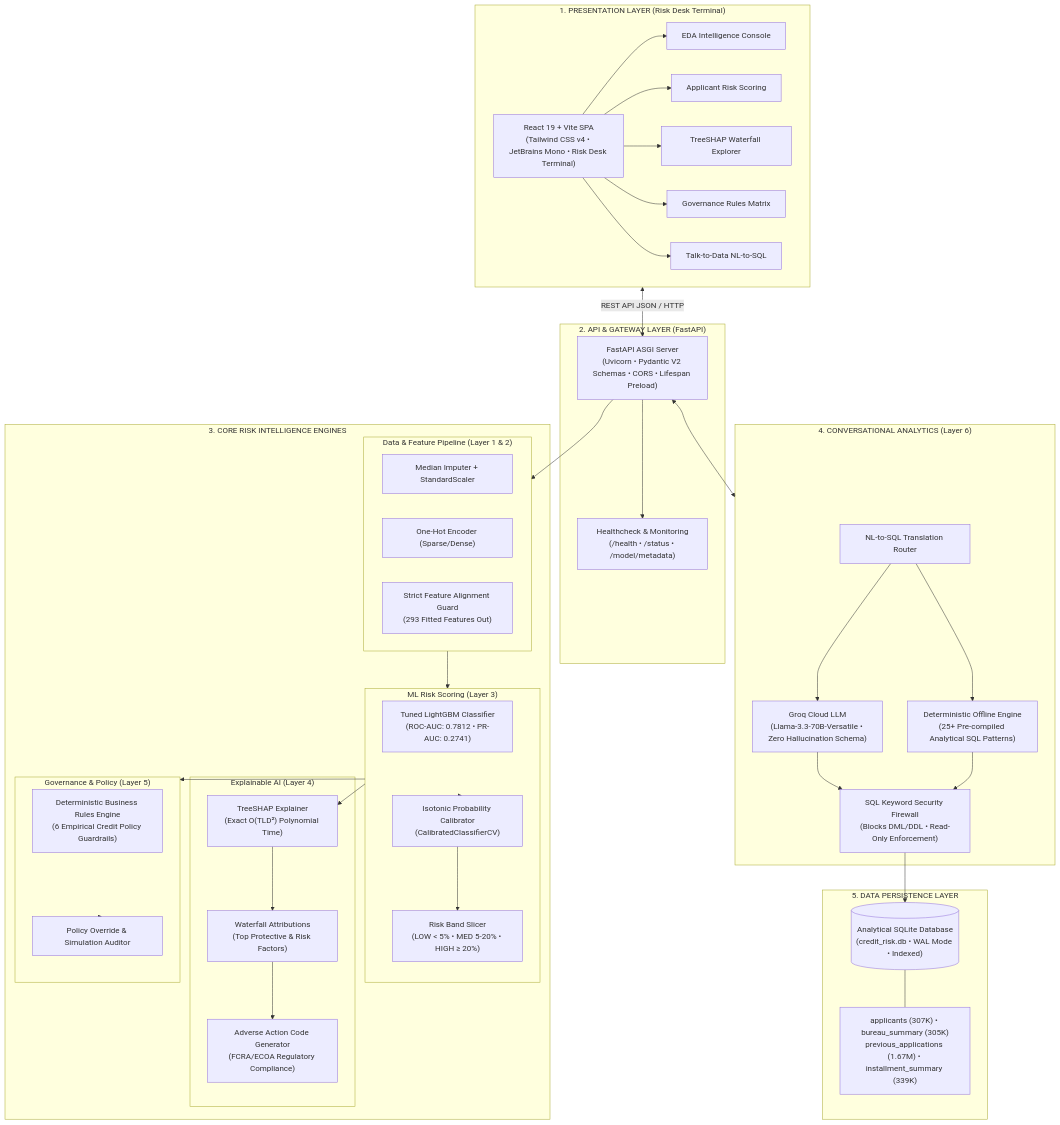
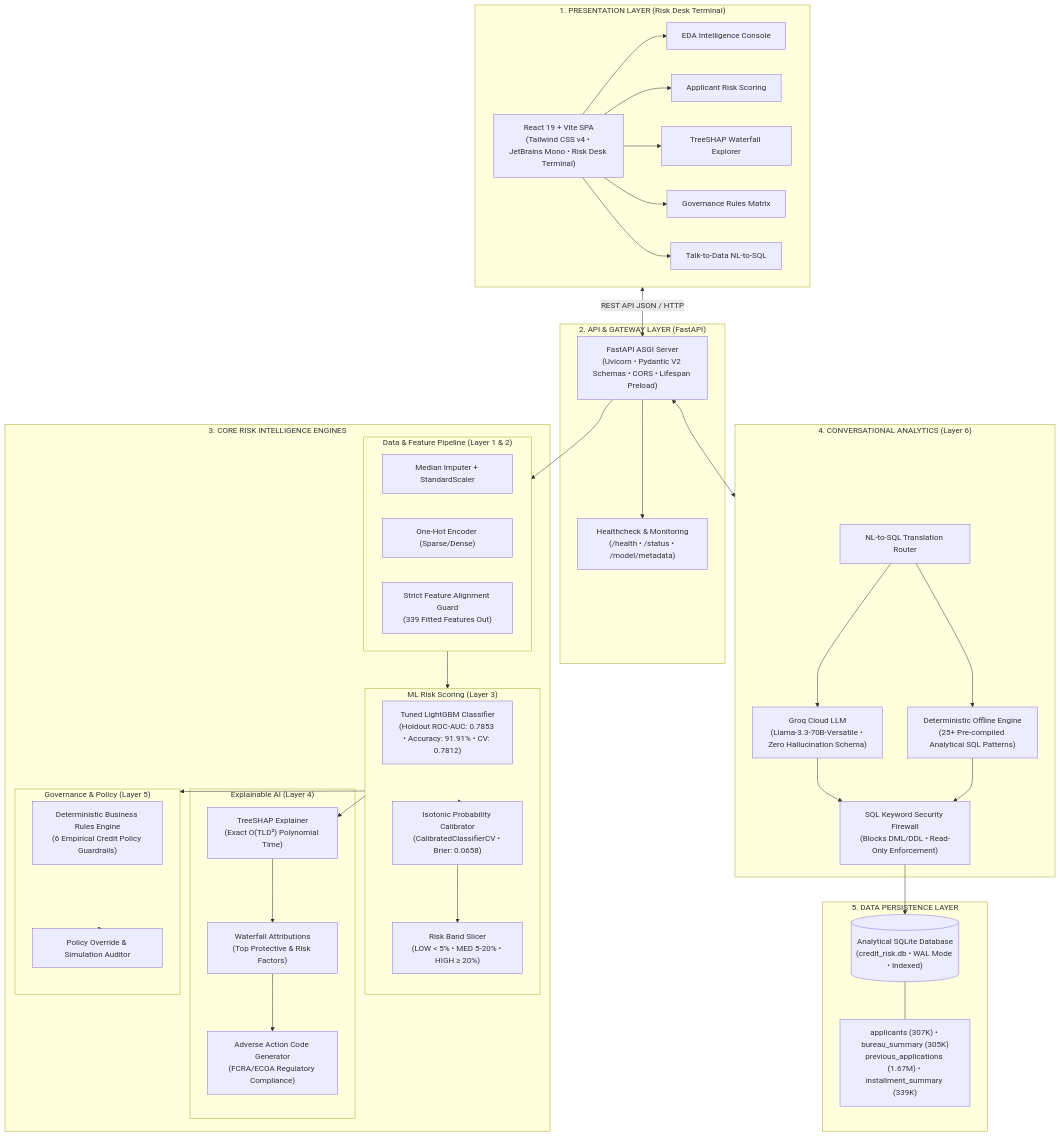
Before and after one commit to Abhishek84094/AI-Powered-Credit-Risk-Intelligence-Platform: the first of 3 diagrams in README.md, drawn with Mermaid. The commit also changed other lines of this file and 5 other files, not shown here.

Commit message:
docs: align model accuracy, hold-out ROC-AUC, and 339-feature metrics across documentation and UI

````diff
--- a/README.md
+++ b/README.md
@@ -22,67 +22,67 @@
 ```mermaid
 flowchart TB
     subgraph ClientLayer["1. PRESENTATION LAYER (Risk Desk Terminal)"]
         UI["React 19 + Vite SPA<br/>(Tailwind CSS v4 • JetBrains Mono • Risk Desk Terminal)"]
         UI_EDA["EDA Intelligence Console"]
         UI_Score["Applicant Risk Scoring"]
         UI_XAI["TreeSHAP Waterfall Explorer"]
         UI_Rules["Governance Rules Matrix"]
         UI_Chat["Talk-to-Data NL-to-SQL"]
         UI --> UI_EDA & UI_Score & UI_XAI & UI_Rules & UI_Chat
     end
 
     subgraph APILayer["2. API & GATEWAY LAYER (FastAPI)"]
         Gateway["FastAPI ASGI Server<br/>(Uvicorn • Pydantic V2 Schemas • CORS • Lifespan Preload)"]
         Health["Healthcheck & Monitoring<br/>(/health • /status • /model/metadata)"]
         Gateway --> Health
     end
 
     subgraph CoreIntelligence["3. CORE RISK INTELLIGENCE ENGINES"]
         subgraph Preprocessing["Data & Feature Pipeline (Layer 1 & 2)"]
             Imputer["Median Imputer + StandardScaler"]
             OneHot["One-Hot Encoder (Sparse/Dense)"]
-            Alignment["Strict Feature Alignment Guard<br/>(293 Fitted Features Out)"]
+            Alignment["Strict Feature Alignment Guard<br/>(339 Fitted Features Out)"]
         end
 
         subgraph MLScoring["ML Risk Scoring (Layer 3)"]
-            LGBM["Tuned LightGBM Classifier<br/>(ROC-AUC: 0.7812 • PR-AUC: 0.2741)"]
-            Calibrator["Isotonic Probability Calibrator<br/>(CalibratedClassifierCV)"]
+            LGBM["Tuned LightGBM Classifier<br/>(Holdout ROC-AUC: 0.7853 • Accuracy: 91.91% • CV: 0.7812)"]
+            Calibrator["Isotonic Probability Calibrator<br/>(CalibratedClassifierCV • Brier: 0.0658)"]
             Bands["Risk Band Slicer<br/>(LOW &lt; 5% • MED 5-20% • HIGH &ge; 20%)"]
         end
 
         subgraph Explainability["Explainable AI (Layer 4)"]
             TreeSHAP["TreeSHAP Explainer<br/>(Exact O(TLD²) Polynomial Time)"]
             Waterfall["Waterfall Attributions<br/>(Top Protective &amp; Risk Factors)"]
             AdverseAction["Adverse Action Code Generator<br/>(FCRA/ECOA Regulatory Compliance)"]
         end
 
         subgraph RuleEngine["Governance & Policy (Layer 5)"]
             Rules["Deterministic Business Rules Engine<br/>(6 Empirical Credit Policy Guardrails)"]
             Audit["Policy Override &amp; Simulation Auditor"]
         end
     end
 
     subgraph ConversationalAnalytics["4. CONVERSATIONAL ANALYTICS (Layer 6)"]
         NL2SQL["NL-to-SQL Translation Router"]
         GroqLLM["Groq Cloud LLM<br/>(Llama-3.3-70B-Versatile • Zero Hallucination Schema)"]
         Fallback["Deterministic Offline Engine<br/>(25+ Pre-compiled Analytical SQL Patterns)"]
         Firewall["SQL Keyword Security Firewall<br/>(Blocks DML/DDL • Read-Only Enforcement)"]
     end
 
     subgraph DataStorage["5. DATA PERSISTENCE LAYER"]
         SQLiteDB[("Analytical SQLite Database<br/>(credit_risk.db • WAL Mode • Indexed)")]
         Tables["applicants (307K) • bureau_summary (305K)<br/>previous_applications (1.67M) • installment_summary (339K)"]
         SQLiteDB --- Tables
     end
 
     %% Flow connections
     ClientLayer <-->|REST API JSON / HTTP| Gateway
     Gateway --> Preprocessing
     Preprocessing --> MLScoring
     MLScoring --> Calibrator --> Bands
     MLScoring --> TreeSHAP --> Waterfall --> AdverseAction
     MLScoring --> RuleEngine --> Audit
     Gateway <--> ConversationalAnalytics
     NL2SQL --> GroqLLM & Fallback
     GroqLLM & Fallback --> Firewall --> SQLiteDB
 ```
````
